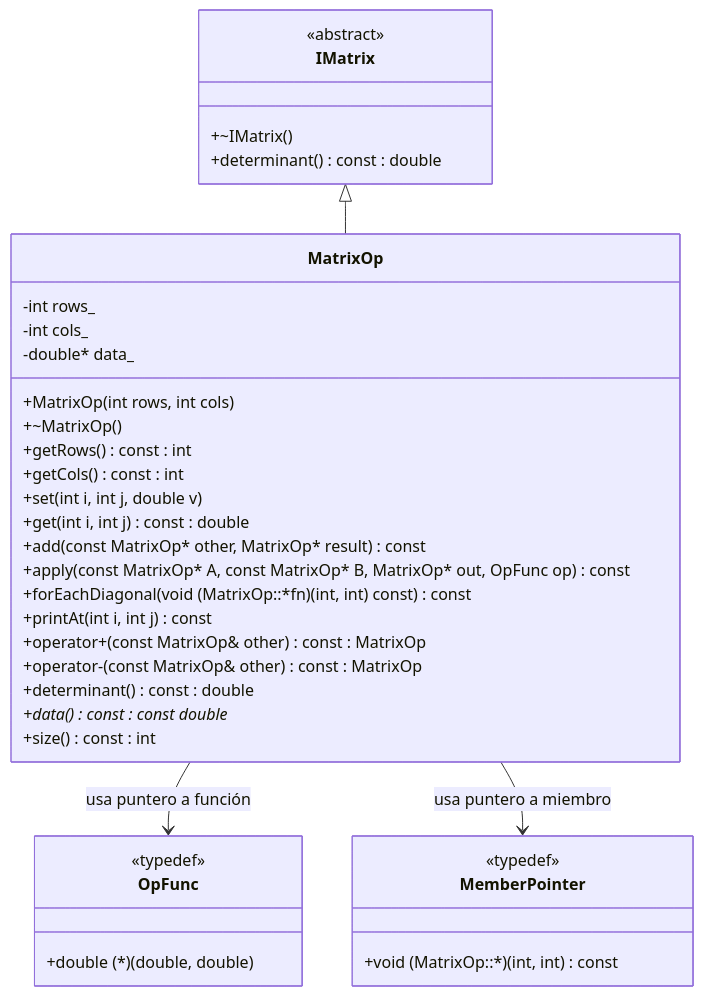
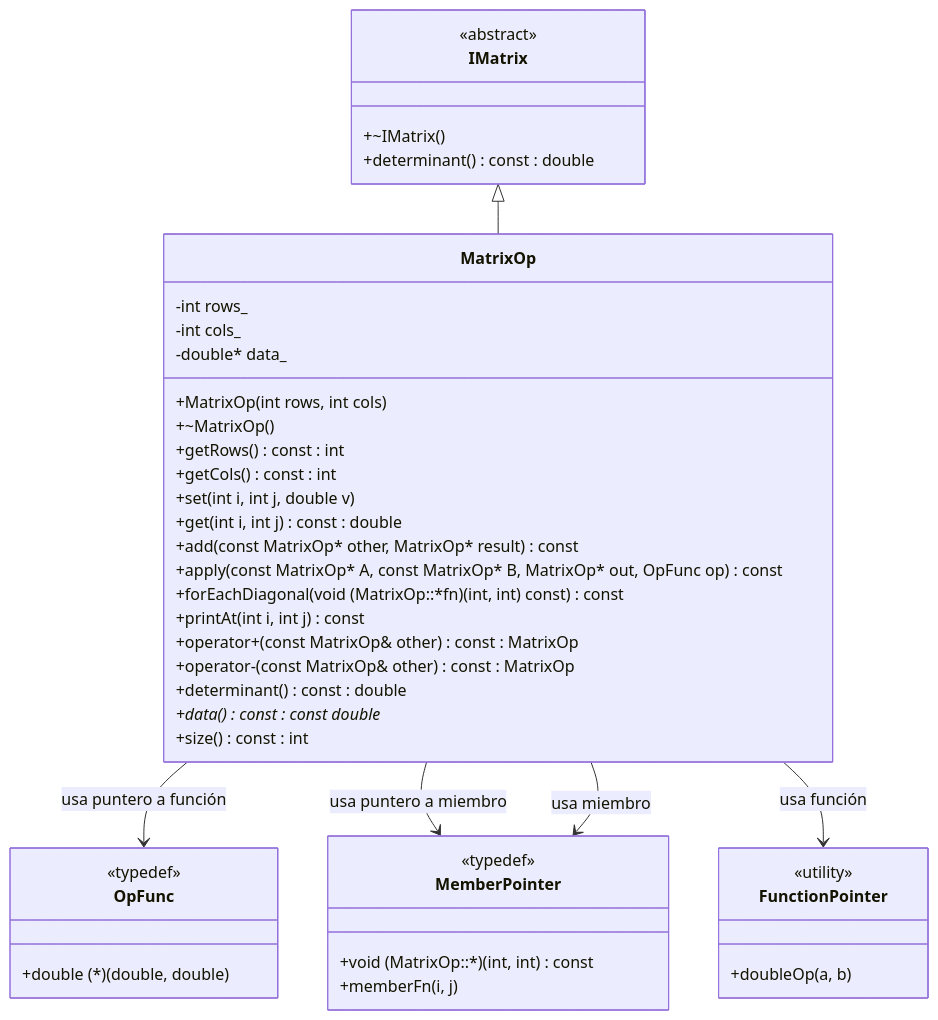
Before and after one commit to Angeles489/Polimorfismo: the diagram in tarea 3/Tarea3_Angeles/Diagrama.md, drawn with Mermaid.

````diff
--- a/tarea 3/Tarea3_Angeles/Diagrama.md
+++ b/tarea 3/Tarea3_Angeles/Diagrama.md
@@ -2,55 +2,69 @@
 ```mermaid
 classDiagram
     %% INTERFAZ
     class IMatrix {
         <<abstract>>
         +~IMatrix()
         +determinant() const : double
     }
 
     %% CLASE PRINCIPAL
     class MatrixOp {
         -int rows_
         -int cols_
         -double* data_
 
         +MatrixOp(int rows, int cols)
         +~MatrixOp()
 
         +getRows() const : int
         +getCols() const : int
         +set(int i, int j, double v)
         +get(int i, int j) const : double
 
         +add(const MatrixOp* other, MatrixOp* result) const
         +apply(const MatrixOp* A, const MatrixOp* B, MatrixOp* out, OpFunc op) const
         +forEachDiagonal(void (MatrixOp::*fn)(int, int) const) const
         +printAt(int i, int j) const
 
         +operator+(const MatrixOp& other) const : MatrixOp
         +operator-(const MatrixOp& other) const : MatrixOp
 
         +determinant() const : double
 
         +data() const : const double*
         +size() const : int
     }
 
     %% HERENCIA
     IMatrix <|-- MatrixOp
 
     %% TIPOS DE PUNTEROS
     class OpFunc {
         <<typedef>>
         +double (*)(double, double)
     }
 
     class MemberPointer {
         <<typedef>>
         +void (MatrixOp::*)(int, int) const
     }
 
     MatrixOp --> OpFunc : usa puntero a función
     MatrixOp --> MemberPointer : usa puntero a miembro
 
+    class FunctionPointer {
+        <<utility>>
+        +doubleOp(a, b)
+    }
+
+    class MemberPointer {
+        <<utility>>
+        +memberFn(i, j)
+    }
+
+    MatrixOp --> FunctionPointer : usa función
+    MatrixOp --> MemberPointer : usa miembro
+
+
 ```
````
